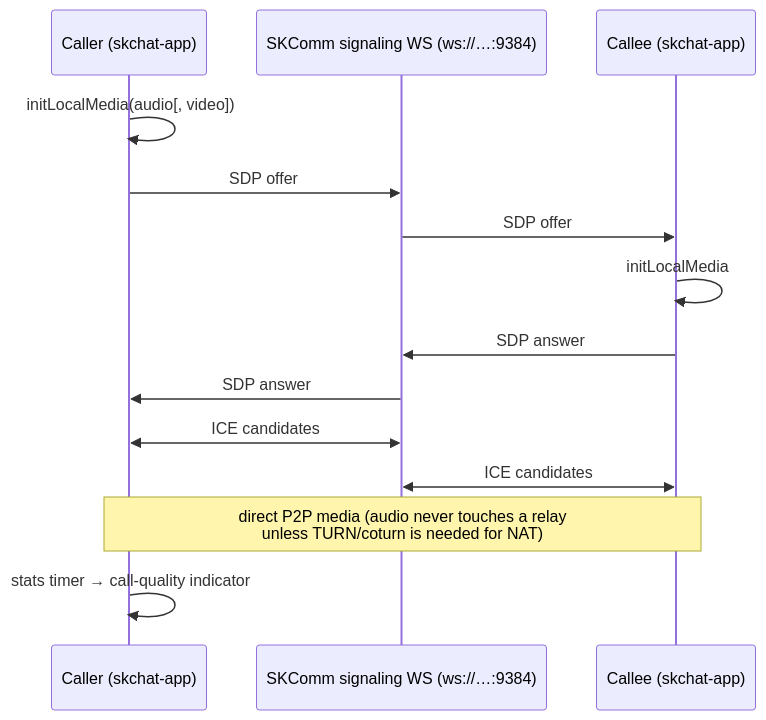
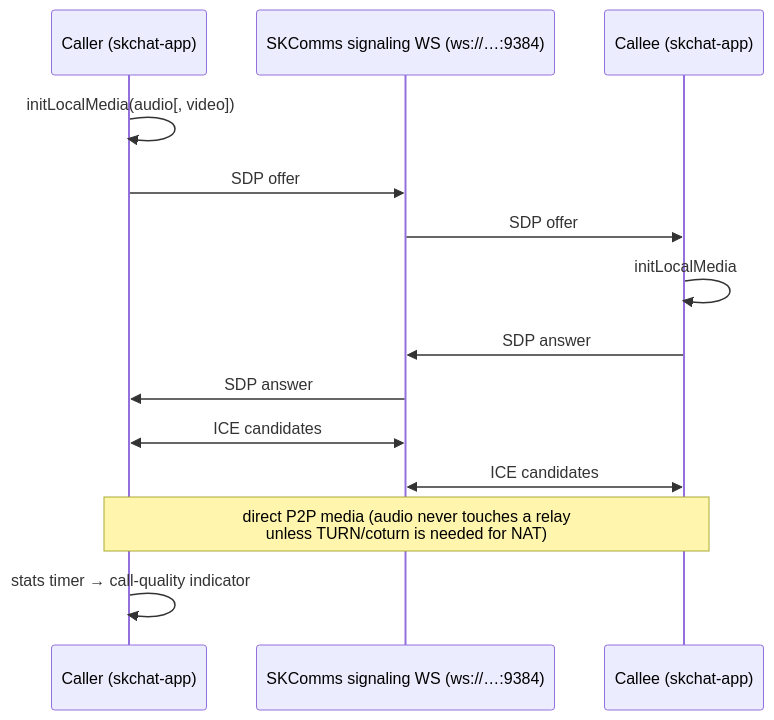
One commit to smilinTux/skchat-app changed the third of 4 diagrams in docs/ARCHITECTURE.md. Above: the diagram before and after it, drawn with Mermaid. The commit also changed other lines of this file and 35 other files, not shown here.

Commit message:
refactor: skcomm→skcomms across app (files, identifiers, docs)

````diff
--- a/docs/ARCHITECTURE.md
+++ b/docs/ARCHITECTURE.md
@@ -126,17 +126,17 @@
 ```mermaid
 sequenceDiagram
     participant A as Caller (skchat-app)
-    participant WS as SKComm signaling WS (ws://…:9384)
+    participant WS as SKComms signaling WS (ws://…:9384)
     participant B as Callee (skchat-app)
 
     A->>A: initLocalMedia(audio[, video])
     A->>WS: SDP offer
     WS->>B: SDP offer
     B->>B: initLocalMedia
     B->>WS: SDP answer
     WS->>A: SDP answer
     A<<->>WS: ICE candidates
     WS<<->>B: ICE candidates
     Note over A,B: direct P2P media (audio never touches a relay<br/>unless TURN/coturn is needed for NAT)
     A->>A: stats timer → call-quality indicator
 ```
````
